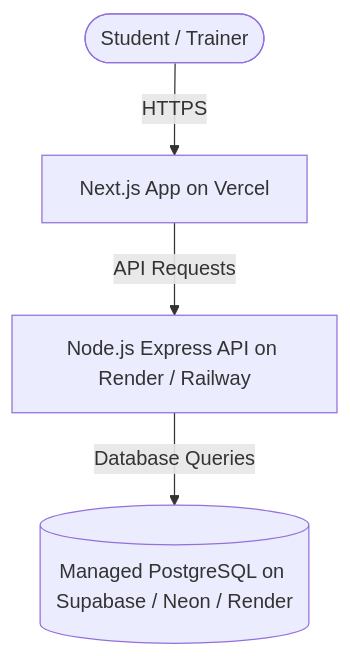
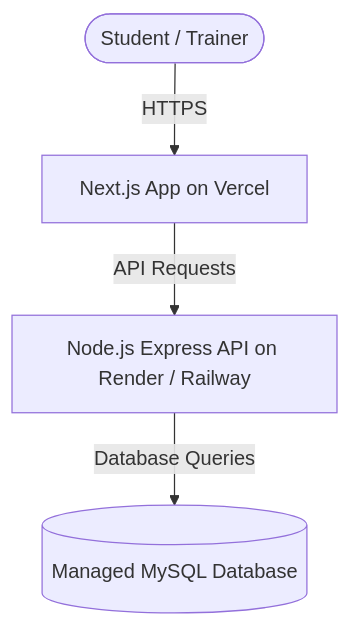
One commit to Nzangi20/Exam-System changed the diagram in deployment_guide.md. Above: the diagram before and after it, drawn with Mermaid. The commit also changed other lines of this file and 6 other files, not shown here.

Commit message:
Configure database schema for MySQL & Aiven, update guides, and remove default seed accounts from README

````diff
--- a/deployment_guide.md
+++ b/deployment_guide.md
@@ -9,6 +9,6 @@
 ```mermaid
 graph TD
     User([Student / Trainer]) -->|HTTPS| Frontend[Next.js App on Vercel]
     Frontend -->|API Requests| Backend[Node.js Express API on Render / Railway]
-    Backend -->|Database Queries| Database[(Managed PostgreSQL on Supabase / Neon / Render)]
+    Backend -->|Database Queries| Database[(Managed MySQL Database)]
 ```
````
